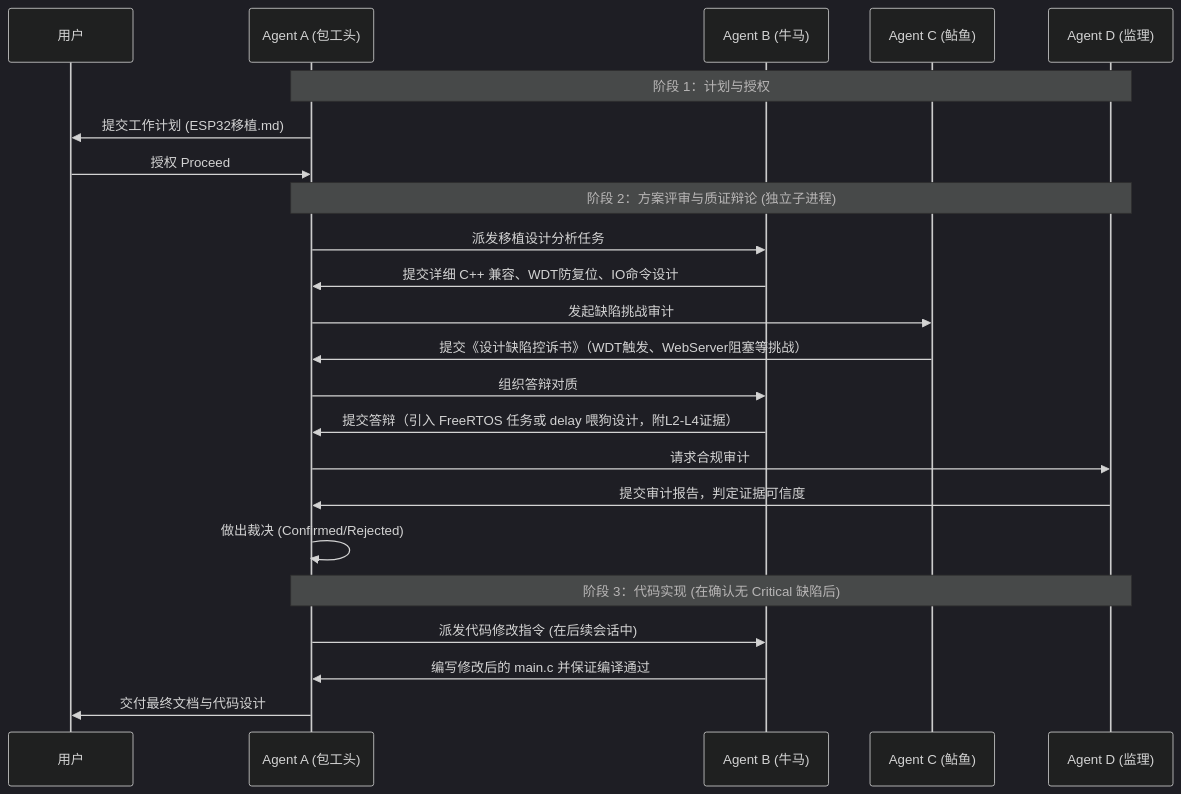
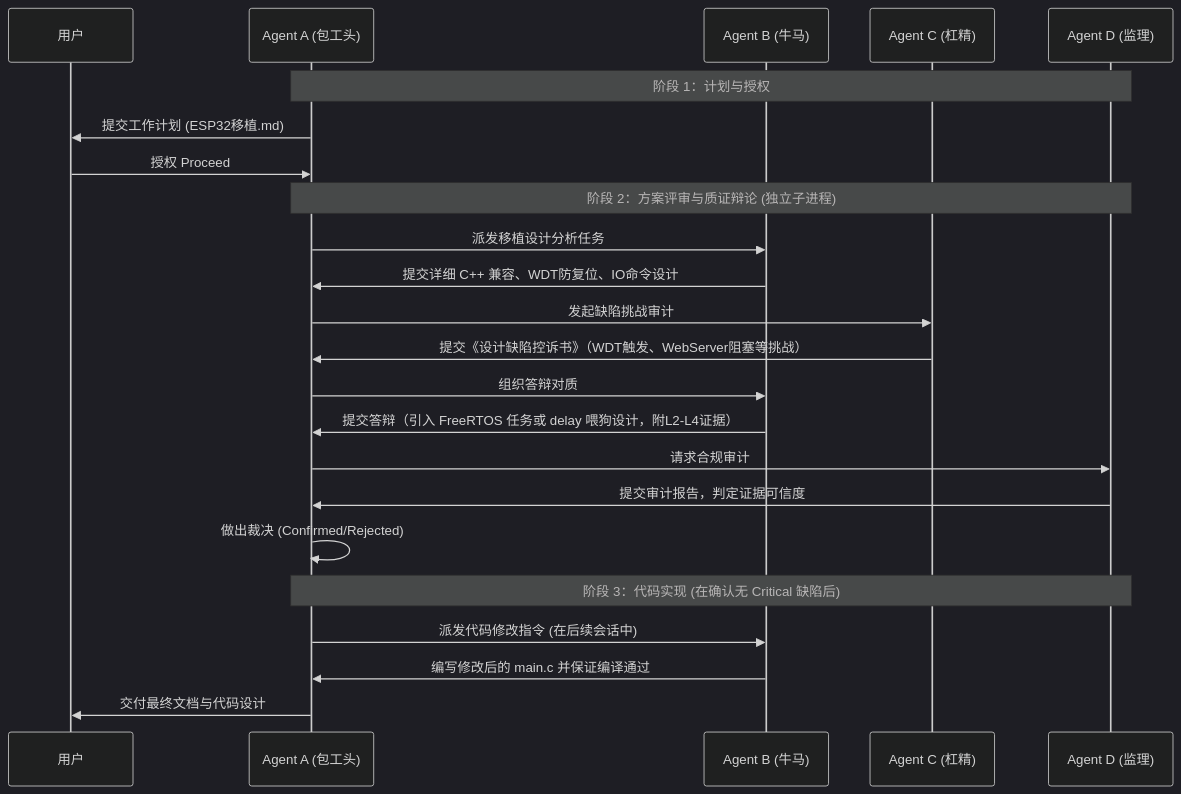
Before and after one commit to potato-520/BareTcl: the diagram in docs/ESP32移植.md, drawn with Mermaid (dark theme). The commit also changed other lines of this file and 1 other file, not shown here.

````diff
--- a/docs/ESP32移植.md
+++ b/docs/ESP32移植.md
@@ -182,28 +182,28 @@
 ```mermaid
 sequenceDiagram
     participant User as 用户
     participant A as Agent A (包工头)
     participant B as Agent B (牛马)
-    participant C as Agent C (鲇鱼)
+    participant C as Agent C (杠精)
     participant D as Agent D (监理)
 
     Note over A,D: 阶段 1：计划与授权
     A->>User: 提交工作计划 (ESP32移植.md)
     User->>A: 授权 Proceed
 
     Note over A,D: 阶段 2：方案评审与质证辩论 (独立子进程)
     A->>B: 派发移植设计分析任务
     B->>A: 提交详细 C++ 兼容、WDT防复位、IO命令设计
     A->>C: 发起缺陷挑战审计
     C->>A: 提交《设计缺陷控诉书》（WDT触发、WebServer阻塞等挑战）
     A->>B: 组织答辩对质
     B->>A: 提交答辩（引入 FreeRTOS 任务或 delay 喂狗设计，附L2-L4证据）
     A->>D: 请求合规审计
     D->>A: 提交审计报告，判定证据可信度
     A->>A: 做出裁决 (Confirmed/Rejected)
 
     Note over A,D: 阶段 3：代码实现 (在确认无 Critical 缺陷后)
     A->>B: 派发代码修改指令 (在后续会话中)
     B->>A: 编写修改后的 main.c 并保证编译通过
     A->>User: 交付最终文档与代码设计
 ```
````
